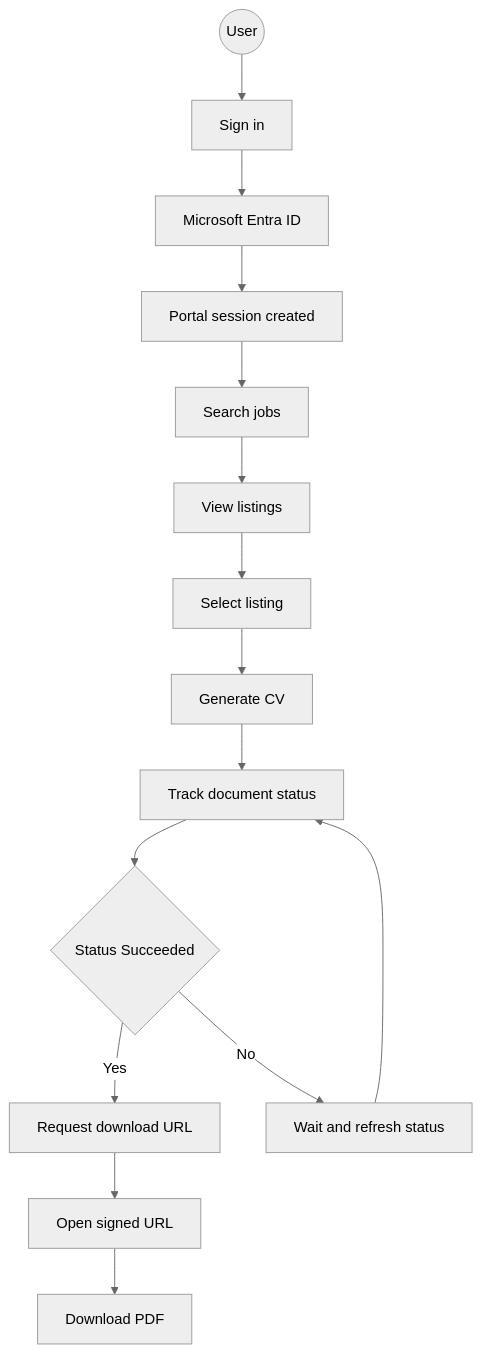
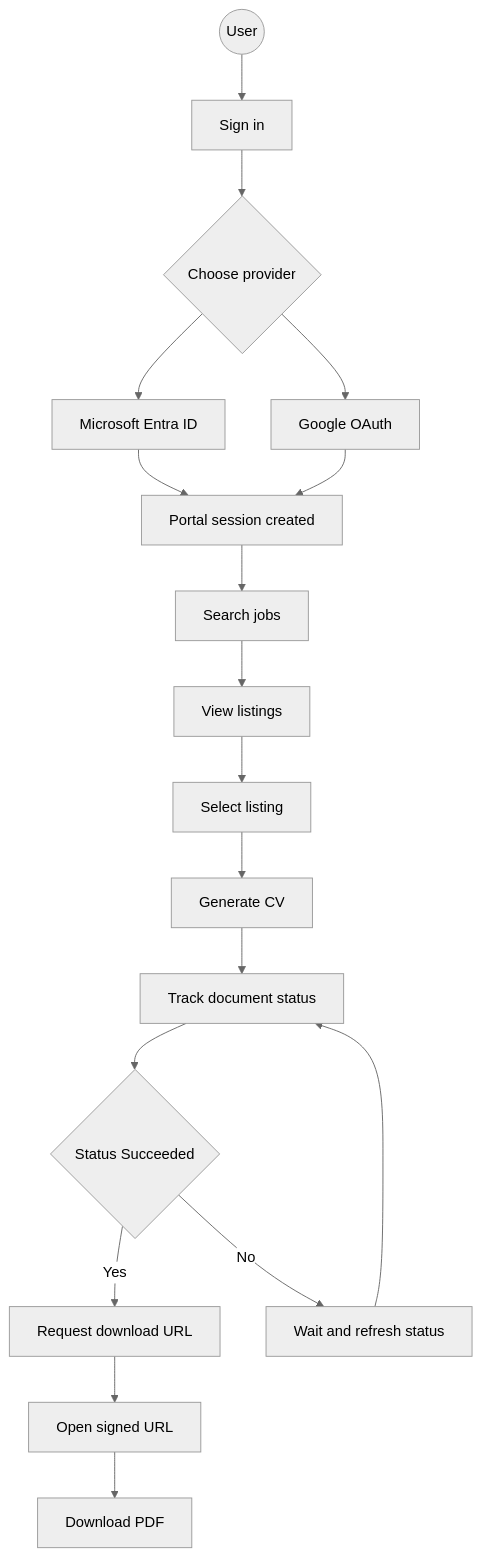
One commit to IXvlad-EU/Skillexa changed the diagram in docs/diagrams/user-journey-flow.md. Above: the diagram before and after it, drawn with Mermaid (neutral theme). The commit also changed 62 other files, not shown here.

First line of the commit message:
Add sign in via Google

````diff
--- a/docs/diagrams/user-journey-flow.md
+++ b/docs/diagrams/user-journey-flow.md
@@ -1,18 +1,21 @@
 ```mermaid
 flowchart TD
 
     User((User)) --> SignIn[Sign in]
-    SignIn --> Entra[Microsoft Entra ID]
-    Entra --> Session[Portal session created]
+    SignIn --> Provider{Choose provider}
+    Provider --> Microsoft[Microsoft Entra ID]
+    Provider --> Google[Google OAuth]
+    Microsoft --> Session[Portal session created]
+    Google --> Session
     Session --> Search[Search jobs]
     Search --> Results[View listings]
     Results --> Choose[Select listing]
     Choose --> Generate[Generate CV]
     Generate --> Track[Track document status]
     Track --> Ready{Status Succeeded}
     Ready -->|Yes| Download[Request download URL]
     Download --> Open[Open signed URL]
     Open --> Pdf[Download PDF]
     Ready -->|No| Wait[Wait and refresh status]
     Wait --> Track
 ```
````
